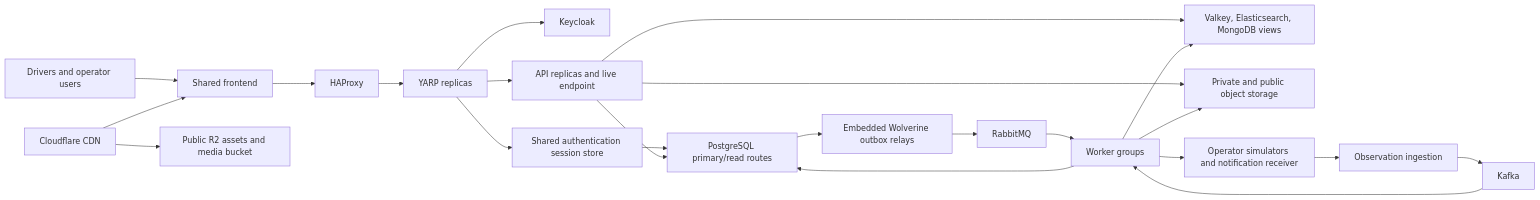
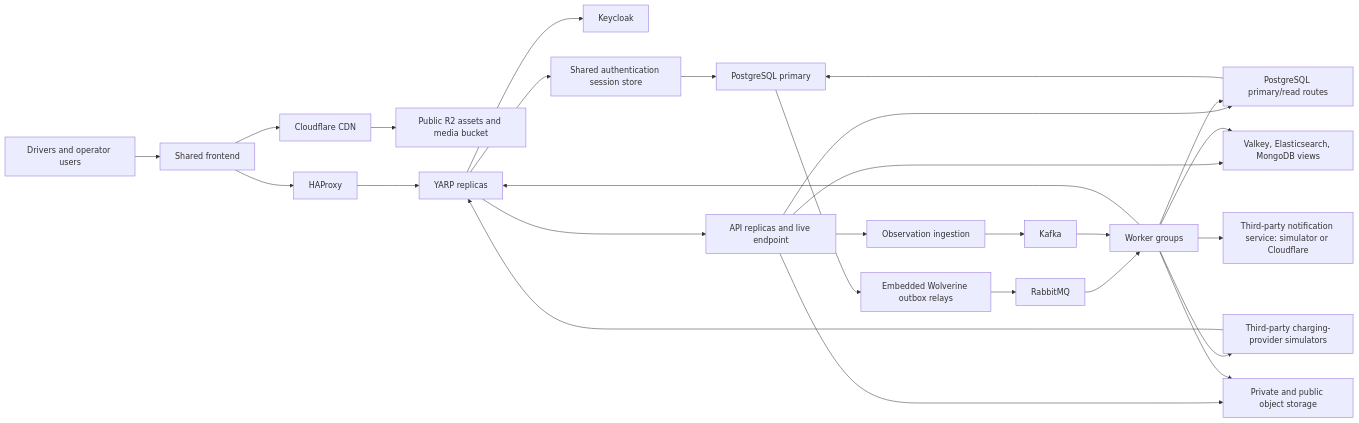
One commit to AFayziev/ev-charging-system-design-lab changed the first of 3 diagrams in docs/architecture.md. Above: the diagram before and after it, drawn with Mermaid. The commit also changed other lines of this file and 91 other files, not shown here.

````diff
--- a/docs/architecture.md
+++ b/docs/architecture.md
@@ -66,25 +54,29 @@
 ```mermaid
 flowchart LR
     Users[Drivers and operator users] --> UI[Shared frontend]
-    CDN[Cloudflare CDN] --> UI
+    UI --> CDN[Cloudflare CDN]
     CDN --> Origin[Public R2 assets and media bucket]
     UI --> Edge[HAProxy]
     Edge --> Gateway[YARP replicas]
     Gateway --> Identity[Keycloak]
     Gateway --> Sessions[Shared authentication session store]
-    Sessions --> SQL[PostgreSQL primary/read routes]
+    Sessions --> Primary[PostgreSQL primary]
+    SQL[PostgreSQL primary/read routes] --> Primary
     Gateway --> API[API replicas and live endpoint]
     API --> SQL
     API --> Views[Valkey, Elasticsearch, MongoDB views]
     API --> Objects[Private and public object storage]
-    SQL --> Relay[Embedded Wolverine outbox relays]
+    Primary --> Relay[Embedded Wolverine outbox relays]
     Relay --> Broker[RabbitMQ]
     Broker --> Workers[Worker groups]
-    Workers --> External[Operator simulators and notification receiver]
-    External --> Ingest[Observation ingestion]
+    Workers --> Gateway
+    Workers --> Providers[Third-party charging-provider simulators]
+    Workers --> Notifications[Third-party notification service: simulator or Cloudflare]
+    Providers --> Gateway
+    API --> Ingest[Observation ingestion]
     Ingest --> Stream[Kafka]
     Stream --> Workers
     Workers --> Views
     Workers --> SQL
     Workers --> Objects
 ```
````
